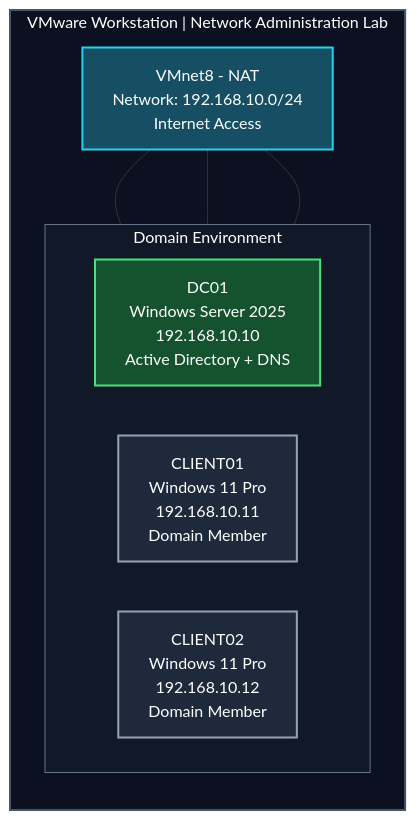
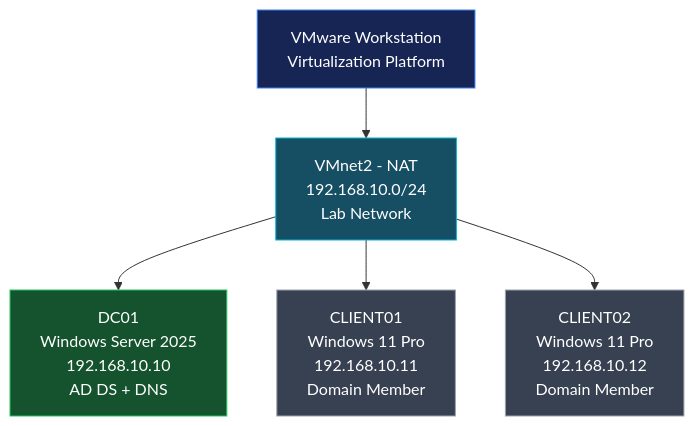
Before and after one commit to Nin-Kanong/Network-System-Administration: the diagram in 02. Setup Environments/03. Setup VMnet as isolated network.md, drawn with Mermaid. The commit also changed other lines of this file, not shown here.

Commit message:
Revise network diagram for isolated VMnet setup
Updated the network diagram for clarity and organization.

````diff
--- a/02. Setup Environments/03. Setup VMnet as isolated network.md
+++ b/02. Setup Environments/03. Setup VMnet as isolated network.md
@@ -17,30 +14,15 @@
 ```mermaid
-flowchart LR
-    subgraph LAB["VMware Workstation | Network Administration Lab"]
-        direction TB
+flowchart TB
+    A["VMware Workstation<br/>Virtualization Platform"]
+    A --> B["VMnet2 - NAT<br/>192.168.10.0/24<br/>Lab Network"]
 
-        NET["VMnet8 - NAT<br/>Network: 192.168.10.0/24<br/>Internet Access"]
+    B --> C["DC01<br/>Windows Server 2025<br/>192.168.10.10<br/>AD DS + DNS"]
+    B --> D["CLIENT01<br/>Windows 11 Pro<br/>192.168.10.11<br/>Domain Member"]
+    B --> E["CLIENT02<br/>Windows 11 Pro<br/>192.168.10.12<br/>Domain Member"]
 
-        subgraph MACHINES["Domain Environment"]
-            direction LR
-            DC["DC01<br/>Windows Server 2025<br/>192.168.10.10<br/>Active Directory + DNS"]
-            PC1["CLIENT01<br/>Windows 11 Pro<br/>192.168.10.11<br/>Domain Member"]
-            PC2["CLIENT02<br/>Windows 11 Pro<br/>192.168.10.12<br/>Domain Member"]
-        end
-
-        NET --- DC
-        NET --- PC1
-        NET --- PC2
-    end
-
-    classDef network fill:#164e63,stroke:#22d3ee,color:#ffffff,stroke-width:2px
-    classDef server fill:#14532d,stroke:#4ade80,color:#ffffff,stroke-width:2px
-    classDef client fill:#1e293b,stroke:#94a3b8,color:#ffffff,stroke-width:2px
-
-    class NET network
-    class DC server
-    class PC1,PC2 client
-
-    style LAB fill:#0b1120,stroke:#475569,stroke-width:2px,color:#ffffff
-    style MACHINES fill:#111827,stroke:#64748b,stroke-width:1px,color:#ffffff
+    style A fill:#172554,stroke:#3b82f6,color:#ffffff
+    style B fill:#164e63,stroke:#06b6d4,color:#ffffff
+    style C fill:#14532d,stroke:#22c55e,color:#ffffff
+    style D fill:#374151,stroke:#9ca3af,color:#ffffff
+    style E fill:#374151,stroke:#9ca3af,color:#ffffff
 ```
````
